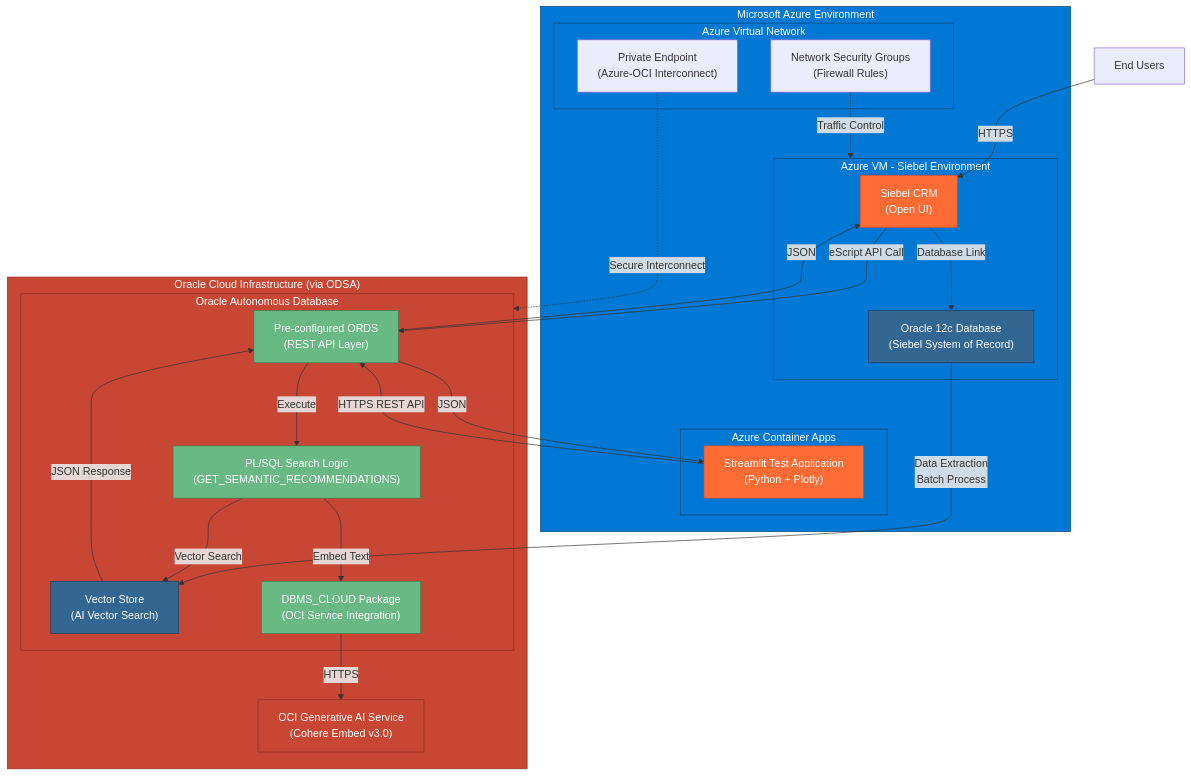
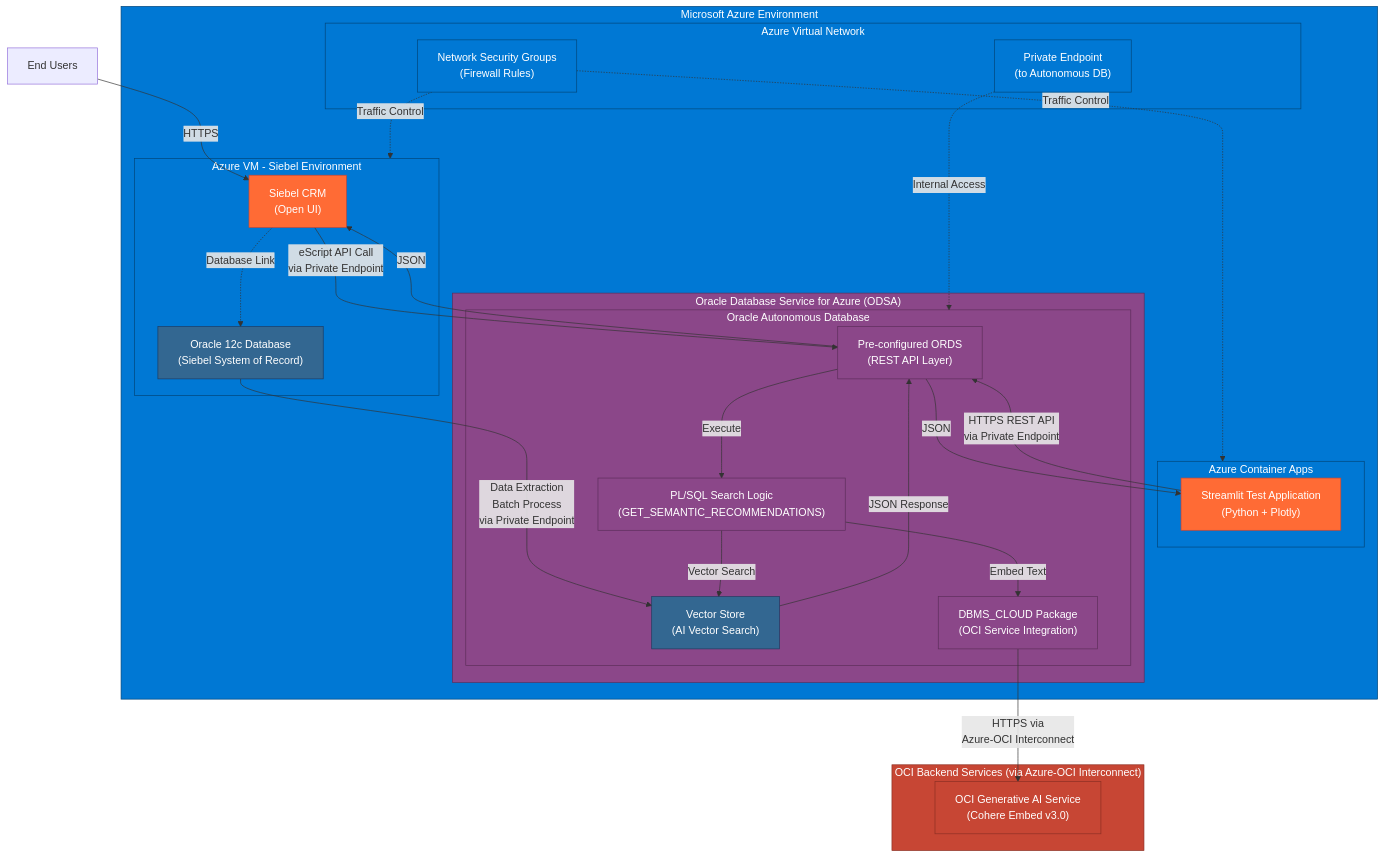
Before and after one commit to psreek-ai/SiebelCRMSemanticSearch: the first of 7 diagrams in docs/Project Architecture.md, drawn with Mermaid. The commit also changed other lines of this file and 2 other files, not shown here.

Commit message:
updated ARCHITECTURE_DIAGRAMS

````diff
--- a/docs/Project Architecture.md
+++ b/docs/Project Architecture.md
@@ -21,60 +21,64 @@
 ```mermaid
 graph TB
     subgraph Azure["Microsoft Azure Environment"]
         subgraph SiebelVM["Azure VM - Siebel Environment"]
             Siebel["Siebel CRM<br/>(Open UI)"]
             Oracle12c["Oracle 12c Database<br/>(Siebel System of Record)"]
         end
         
         subgraph TestInfra["Azure Container Apps"]
             StreamlitApp["Streamlit Test Application<br/>(Python + Plotly)"]
         end
         
+        subgraph ODSA["Oracle Database Service for Azure (ODSA)"]
+            subgraph ADB["Oracle Autonomous Database"]
+                ORDS["Pre-configured ORDS<br/>(REST API Layer)"]
+                VectorDB["Vector Store<br/>(AI Vector Search)"]
+                PLSQL["PL/SQL Search Logic<br/>(GET_SEMANTIC_RECOMMENDATIONS)"]
+                DBMS_CLOUD["DBMS_CLOUD Package<br/>(OCI Service Integration)"]
+            end
+        end
+        
         subgraph Network["Azure Virtual Network"]
             NSG["Network Security Groups<br/>(Firewall Rules)"]
-            PrivateEndpoint["Private Endpoint<br/>(Azure-OCI Interconnect)"]
+            PrivateEndpoint["Private Endpoint<br/>(to Autonomous DB)"]
         end
     end
     
-    subgraph OCI["Oracle Cloud Infrastructure (via ODSA)"]
-        subgraph ADB["Oracle Autonomous Database"]
-            ORDS["Pre-configured ORDS<br/>(REST API Layer)"]
-            VectorDB["Vector Store<br/>(AI Vector Search)"]
-            PLSQL["PL/SQL Search Logic<br/>(GET_SEMANTIC_RECOMMENDATIONS)"]
-            DBMS_CLOUD["DBMS_CLOUD Package<br/>(OCI Service Integration)"]
-        end
-        
+    subgraph OCIBackend["OCI Backend Services (via Azure-OCI Interconnect)"]
         GenAI["OCI Generative AI Service<br/>(Cohere Embed v3.0)"]
     end
     
     User["End Users"] -->|HTTPS| Siebel
-    Siebel -->|eScript API Call| ORDS
+    Siebel -->|eScript API Call<br/>via Private Endpoint| ORDS
     Siebel -.->|Database Link| Oracle12c
-    Oracle12c -->|Data Extraction<br/>Batch Process| VectorDB
+    Oracle12c -->|Data Extraction<br/>Batch Process<br/>via Private Endpoint| VectorDB
     
-    StreamlitApp -->|HTTPS REST API| ORDS
+    StreamlitApp -->|HTTPS REST API<br/>via Private Endpoint| ORDS
     
     ORDS -->|Execute| PLSQL
     PLSQL -->|Vector Search| VectorDB
     PLSQL -->|Embed Text| DBMS_CLOUD
-    DBMS_CLOUD -->|HTTPS| GenAI
+    DBMS_CLOUD -->|HTTPS via<br/>Azure-OCI Interconnect| GenAI
     
     VectorDB -->|JSON Response| ORDS
     ORDS -->|JSON| Siebel
     ORDS -->|JSON| StreamlitApp
     
-    PrivateEndpoint -.->|Secure Interconnect| ADB
+    PrivateEndpoint -.->|Internal Access| ADB
     NSG -.->|Traffic Control| SiebelVM
+    NSG -.->|Traffic Control| TestInfra
     
     classDef azure fill:#0078D4,stroke:#004578,color:#fff
+    classDef odsa fill:#8B4789,stroke:#5C2D5A,color:#fff
     classDef oci fill:#C74634,stroke:#8B2F23,color:#fff
     classDef database fill:#336791,stroke:#1E3A5F,color:#fff
     classDef api fill:#68B984,stroke:#3D7A52,color:#fff
     classDef app fill:#FF6B35,stroke:#C74634,color:#fff
     
-    class Azure,SiebelVM,TestInfra,Network azure
-    class OCI,ADB,GenAI oci
+    class Azure,SiebelVM,TestInfra,Network,NSG,PrivateEndpoint azure
+    class ODSA,ADB,ORDS,PLSQL,DBMS_CLOUD odsa
+    class OCIBackend,GenAI oci
     class Oracle12c,VectorDB database
-    class ORDS,PLSQL,DBMS_CLOUD api
     class Siebel,StreamlitApp app
 ```
````
